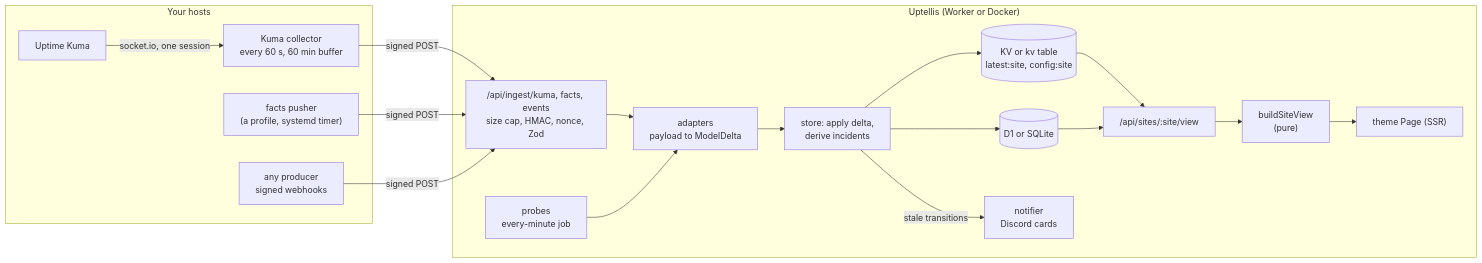
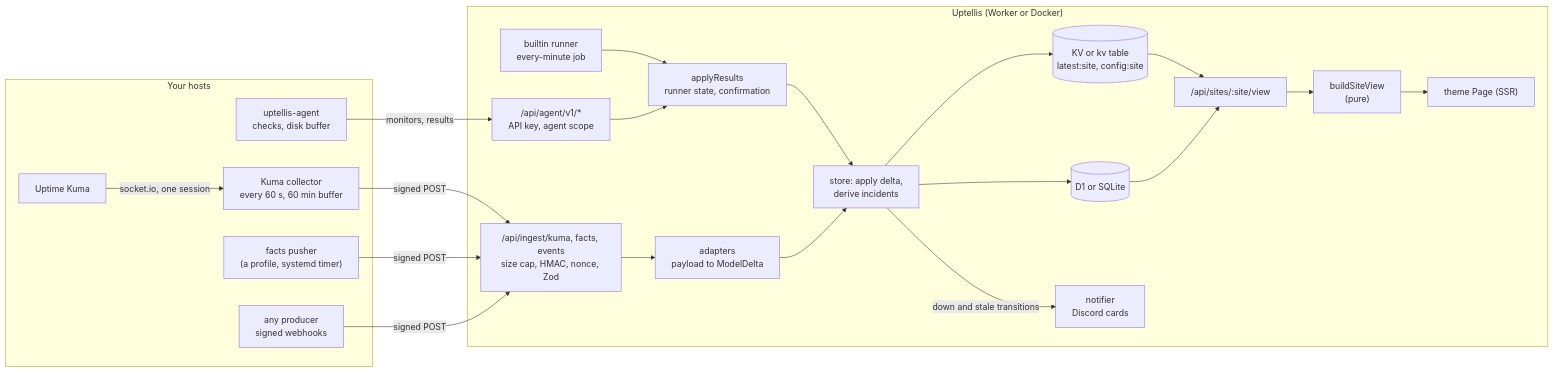
One commit to bts-io/uptellis changed the second of 8 diagrams in docs/architecture.md. Above: the diagram before and after it, drawn with Mermaid. The commit also changed other lines of this file and 4 other files, not shown here.

Commit message:
docs: monitors, agents, confirmation and maintenance; roadmap and architecture for 6a

````diff
--- a/docs/architecture.md
+++ b/docs/architecture.md
@@ -48,33 +48,39 @@
 ```mermaid
 flowchart LR
   subgraph producers ["Your hosts"]
     kuma["Uptime Kuma"] -->|"socket.io, one session"| col["Kuma collector<br/>every 60 s, 60 min buffer"]
     push["facts pusher<br/>(a profile, systemd timer)"]
     hook["any producer<br/>signed webhooks"]
+    agent["uptellis-agent<br/>checks, disk buffer"]
   end
   subgraph worker ["Uptellis (Worker or Docker)"]
     ing["/api/ingest/kuma, facts, events<br/>size cap, HMAC, nonce, Zod"]
-    probes["probes<br/>every-minute job"]
+    probes["builtin runner<br/>every-minute job"]
+    agentapi["/api/agent/v1/*<br/>API key, agent scope"]
+    apply["applyResults<br/>runner state, confirmation"]
     adapt["adapters<br/>payload to ModelDelta"]
     store["store: apply delta,<br/>derive incidents"]
     d1[("D1 or SQLite")]
     kv[("KV or kv table<br/>latest:site, config:site")]
     build["buildSiteView<br/>(pure)"]
     read["/api/sites/:site/view"]
     page["theme Page (SSR)"]
     notify["notifier<br/>Discord cards"]
   end
   col -->|"signed POST"| ing
   push -->|"signed POST"| ing
   hook -->|"signed POST"| ing
+  agent -->|"monitors, results"| agentapi
   ing --> adapt
-  probes --> adapt
+  probes --> apply
+  agentapi --> apply
+  apply --> store
   adapt --> store
   store --> d1
   store --> kv
-  store -->|"stale transitions"| notify
+  store -->|"down and stale transitions"| notify
   kv --> read
   d1 --> read
   read --> build
   build --> page
 ```
````
